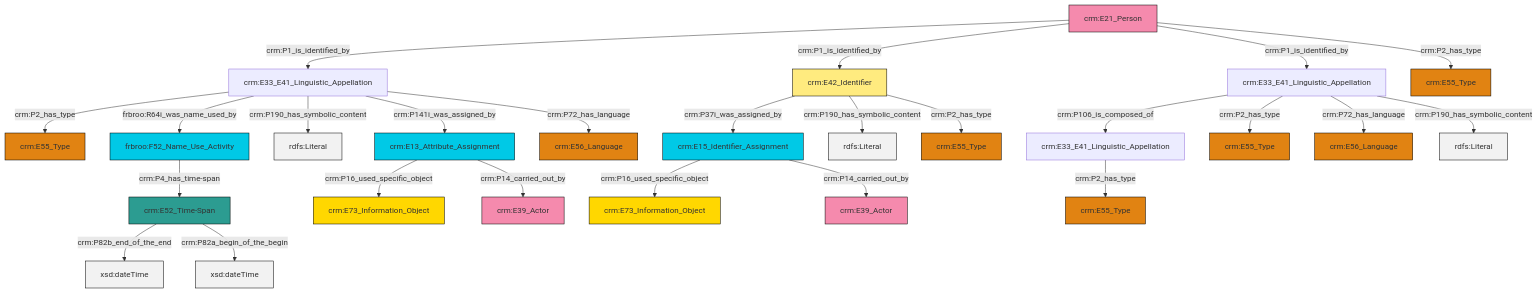
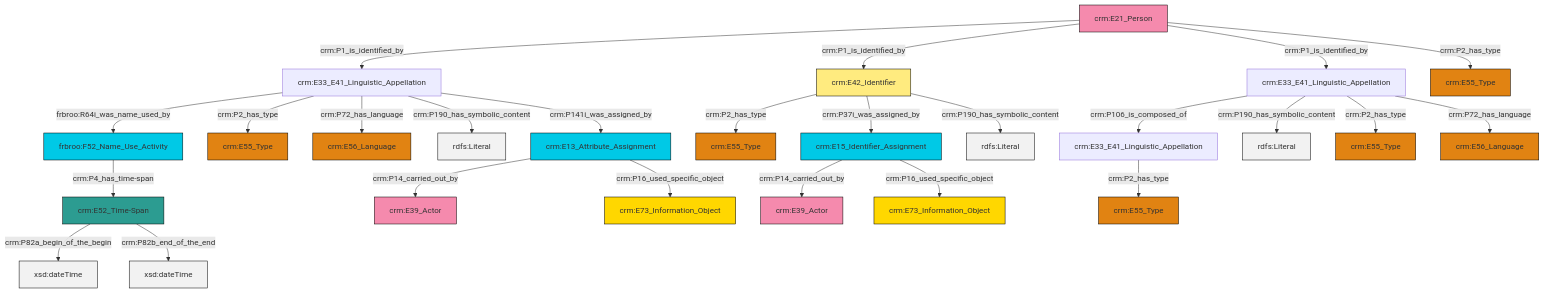
Before and after one commit to swiss-art-research-net/reference-data-models: the diagram in et/personCSV/ttl/mmd/Person_Names_and_Classification.ttl.mmd, drawn with Mermaid. The commit also changed 131 other files, not shown here.

```diff
--- a/et/personCSV/ttl/mmd/Person_Names_and_Classification.ttl.mmd
+++ b/et/personCSV/ttl/mmd/Person_Names_and_Classification.ttl.mmd
@@ -1,39 +1,39 @@
 graph TD
 classDef Literal fill:#f2f2f2,stroke:#000000;
 classDef CRM_Entity fill:#FFFFFF,stroke:#000000;
 classDef Temporal_Entity fill:#00C9E6, stroke:#000000;
 classDef Type fill:#E18312, stroke:#000000;
 classDef Time-Span fill:#2C9C91, stroke:#000000;
 classDef Appellation fill:#FFEB7F, stroke:#000000;
 classDef Place fill:#008836, stroke:#000000;
 classDef Persistent_Item fill:#B266B2, stroke:#000000;
 classDef Conceptual_Object fill:#FFD700, stroke:#000000;
 classDef Physical_Thing fill:#D2B48C, stroke:#000000;
 classDef Actor fill:#f58aad, stroke:#000000;
 classDef PC_Classes fill:#4ce600, stroke:#000000;
 classDef Multi fill:#cccccc,stroke:#000000;
 
-4["frbroo:F52_Name_Use_Activity"]:::Temporal_Entity -->|crm:P4_has_time-span| 5["crm:E52_Time-Span"]:::Time-Span
-6["crm:E15_Identifier_Assignment"]:::Temporal_Entity -->|crm:P16_used_specific_object| 7["crm:E73_Information_Object"]:::Conceptual_Object
-8["crm:E13_Attribute_Assignment"]:::Temporal_Entity -->|crm:P16_used_specific_object| 9["crm:E73_Information_Object"]:::Conceptual_Object
-16["crm:E42_Identifier"]:::Appellation -->|crm:P37i_was_assigned_by| 6["crm:E15_Identifier_Assignment"]:::Temporal_Entity
-17["crm:E33_E41_Linguistic_Appellation"]:::Default -->|crm:P106_is_composed_of| 10["crm:E33_E41_Linguistic_Appellation"]:::Default
-14["crm:E21_Person"]:::Actor -->|crm:P1_is_identified_by| 18["crm:E33_E41_Linguistic_Appellation"]:::Default
-14["crm:E21_Person"]:::Actor -->|crm:P1_is_identified_by| 16["crm:E42_Identifier"]:::Appellation
-16["crm:E42_Identifier"]:::Appellation -->|crm:P190_has_symbolic_content| 23[rdfs:Literal]:::Literal
-17["crm:E33_E41_Linguistic_Appellation"]:::Default -->|crm:P2_has_type| 0["crm:E55_Type"]:::Type
-17["crm:E33_E41_Linguistic_Appellation"]:::Default -->|crm:P72_has_language| 24["crm:E56_Language"]:::Type
-18["crm:E33_E41_Linguistic_Appellation"]:::Default -->|crm:P2_has_type| 12["crm:E55_Type"]:::Type
-14["crm:E21_Person"]:::Actor -->|crm:P1_is_identified_by| 17["crm:E33_E41_Linguistic_Appellation"]:::Default
-17["crm:E33_E41_Linguistic_Appellation"]:::Default -->|crm:P190_has_symbolic_content| 34[rdfs:Literal]:::Literal
-8["crm:E13_Attribute_Assignment"]:::Temporal_Entity -->|crm:P14_carried_out_by| 35["crm:E39_Actor"]:::Actor
-18["crm:E33_E41_Linguistic_Appellation"]:::Default -->|frbroo:R64i_was_name_used_by| 4["frbroo:F52_Name_Use_Activity"]:::Temporal_Entity
-14["crm:E21_Person"]:::Actor -->|crm:P2_has_type| 2["crm:E55_Type"]:::Type
-18["crm:E33_E41_Linguistic_Appellation"]:::Default -->|crm:P190_has_symbolic_content| 36[rdfs:Literal]:::Literal
-16["crm:E42_Identifier"]:::Appellation -->|crm:P2_has_type| 20["crm:E55_Type"]:::Type
-5["crm:E52_Time-Span"]:::Time-Span -->|crm:P82b_end_of_the_end| 42[xsd:dateTime]:::Literal
-10["crm:E33_E41_Linguistic_Appellation"]:::Default -->|crm:P2_has_type| 40["crm:E55_Type"]:::Type
-6["crm:E15_Identifier_Assignment"]:::Temporal_Entity -->|crm:P14_carried_out_by| 31["crm:E39_Actor"]:::Actor
-18["crm:E33_E41_Linguistic_Appellation"]:::Default -->|crm:P141i_was_assigned_by| 8["crm:E13_Attribute_Assignment"]:::Temporal_Entity
-18["crm:E33_E41_Linguistic_Appellation"]:::Default -->|crm:P72_has_language| 37["crm:E56_Language"]:::Type
-5["crm:E52_Time-Span"]:::Time-Span -->|crm:P82a_begin_of_the_begin| 46[xsd:dateTime]:::Literal
+0["crm:E15_Identifier_Assignment"]:::Temporal_Entity -->|crm:P14_carried_out_by| 1["crm:E39_Actor"]:::Actor
+4["crm:E33_E41_Linguistic_Appellation"]:::Default -->|crm:P106_is_composed_of| 5["crm:E33_E41_Linguistic_Appellation"]:::Default
+10["crm:E21_Person"]:::Actor -->|crm:P1_is_identified_by| 11["crm:E33_E41_Linguistic_Appellation"]:::Default
+0["crm:E15_Identifier_Assignment"]:::Temporal_Entity -->|crm:P16_used_specific_object| 13["crm:E73_Information_Object"]:::Conceptual_Object
+14["crm:E13_Attribute_Assignment"]:::Temporal_Entity -->|crm:P14_carried_out_by| 16["crm:E39_Actor"]:::Actor
+4["crm:E33_E41_Linguistic_Appellation"]:::Default -->|crm:P190_has_symbolic_content| 17[rdfs:Literal]:::Literal
+10["crm:E21_Person"]:::Actor -->|crm:P1_is_identified_by| 2["crm:E42_Identifier"]:::Appellation
+11["crm:E33_E41_Linguistic_Appellation"]:::Default -->|frbroo:R64i_was_name_used_by| 24["frbroo:F52_Name_Use_Activity"]:::Temporal_Entity
+11["crm:E33_E41_Linguistic_Appellation"]:::Default -->|crm:P2_has_type| 25["crm:E55_Type"]:::Type
+5["crm:E33_E41_Linguistic_Appellation"]:::Default -->|crm:P2_has_type| 6["crm:E55_Type"]:::Type
+11["crm:E33_E41_Linguistic_Appellation"]:::Default -->|crm:P72_has_language| 31["crm:E56_Language"]:::Type
+2["crm:E42_Identifier"]:::Appellation -->|crm:P2_has_type| 32["crm:E55_Type"]:::Type
+14["crm:E13_Attribute_Assignment"]:::Temporal_Entity -->|crm:P16_used_specific_object| 27["crm:E73_Information_Object"]:::Conceptual_Object
+34["crm:E52_Time-Span"]:::Time-Span -->|crm:P82a_begin_of_the_begin| 35[xsd:dateTime]:::Literal
+2["crm:E42_Identifier"]:::Appellation -->|crm:P37i_was_assigned_by| 0["crm:E15_Identifier_Assignment"]:::Temporal_Entity
+2["crm:E42_Identifier"]:::Appellation -->|crm:P190_has_symbolic_content| 36[rdfs:Literal]:::Literal
+10["crm:E21_Person"]:::Actor -->|crm:P1_is_identified_by| 4["crm:E33_E41_Linguistic_Appellation"]:::Default
+24["frbroo:F52_Name_Use_Activity"]:::Temporal_Entity -->|crm:P4_has_time-span| 34["crm:E52_Time-Span"]:::Time-Span
+4["crm:E33_E41_Linguistic_Appellation"]:::Default -->|crm:P2_has_type| 8["crm:E55_Type"]:::Type
+11["crm:E33_E41_Linguistic_Appellation"]:::Default -->|crm:P190_has_symbolic_content| 44[rdfs:Literal]:::Literal
+34["crm:E52_Time-Span"]:::Time-Span -->|crm:P82b_end_of_the_end| 45[xsd:dateTime]:::Literal
+11["crm:E33_E41_Linguistic_Appellation"]:::Default -->|crm:P141i_was_assigned_by| 14["crm:E13_Attribute_Assignment"]:::Temporal_Entity
+4["crm:E33_E41_Linguistic_Appellation"]:::Default -->|crm:P72_has_language| 18["crm:E56_Language"]:::Type
+10["crm:E21_Person"]:::Actor -->|crm:P2_has_type| 42["crm:E55_Type"]:::Type
```
